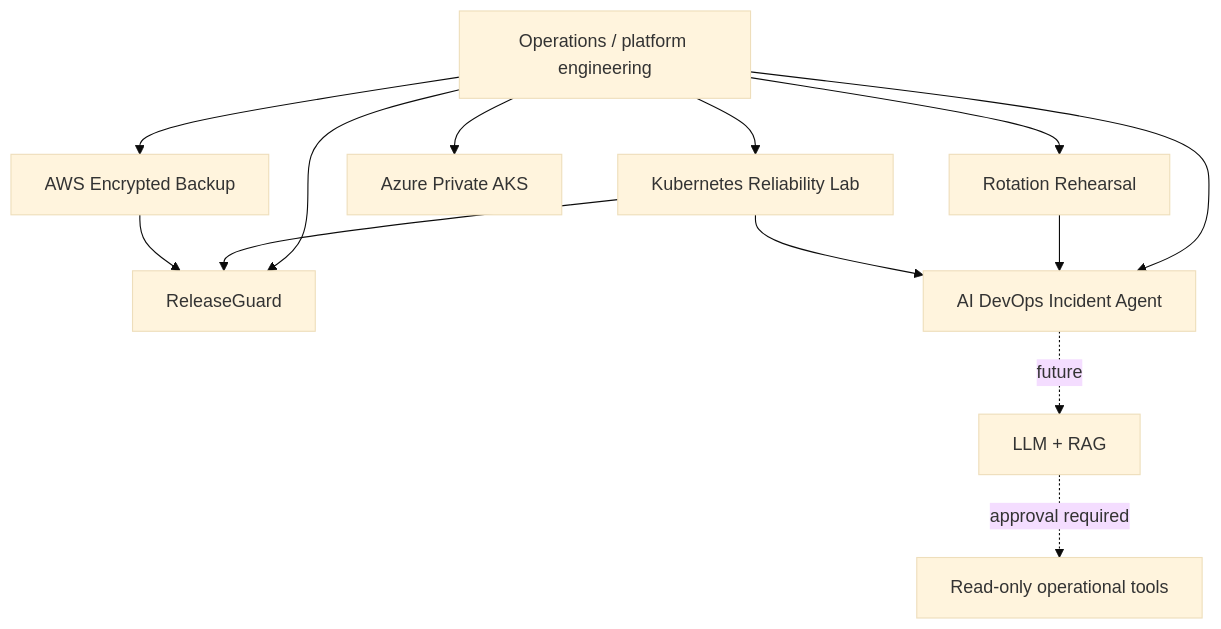
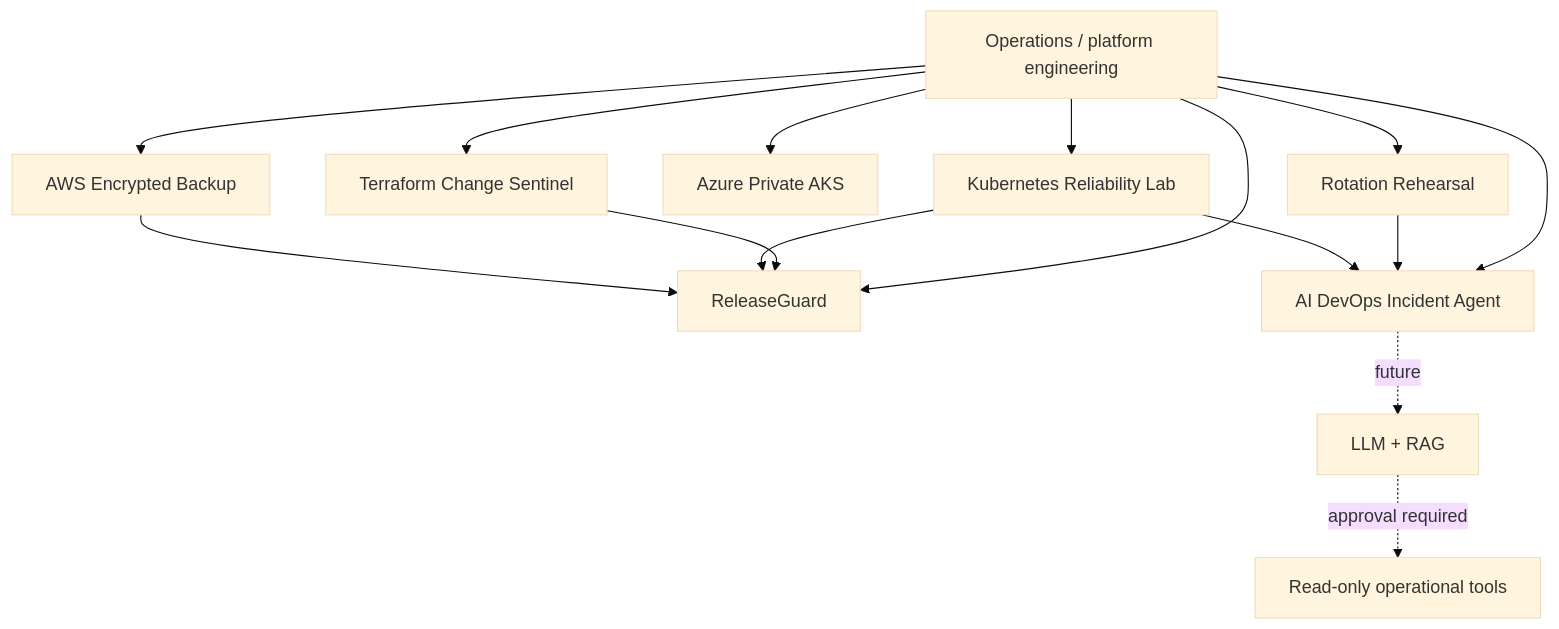
The diagram in docs/ARCHITECTURE.md (veerandrak/devops-project1), drawn with Mermaid (base theme) before and after one commit. The commit also changed other lines of this file and 10 other files, not shown here.

First line of the commit message:
Add Terraform Change Sentinel (#19)

````diff
--- a/docs/ARCHITECTURE.md
+++ b/docs/ARCHITECTURE.md
@@ -5,17 +5,19 @@
 ```mermaid
 flowchart TD
   O[Operations / platform engineering] --> K[Kubernetes Reliability Lab]
   O --> A[AWS Encrypted Backup]
   O --> Z[Azure Private AKS]
   O --> R[ReleaseGuard]
   O --> S[Rotation Rehearsal]
   O --> I[AI DevOps Incident Agent]
+  O --> C[Terraform Change Sentinel]
 
+  C --> R
   K --> R
   A --> R
   S --> I
   K --> I
 
   I -. future .-> L[LLM + RAG]
   L -. approval required .-> T[Read-only operational tools]
 ```
````
